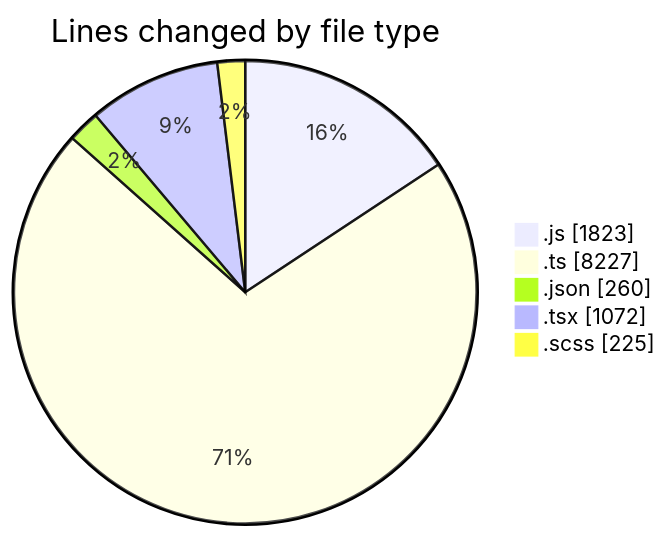
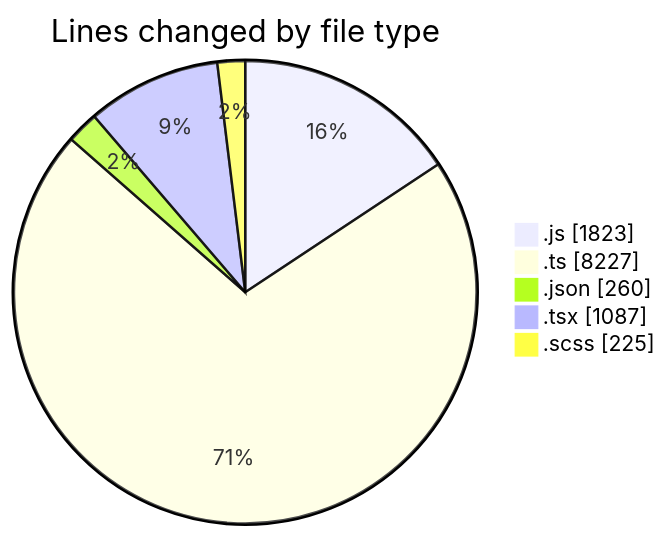
The first of 2 diagrams in 2026-04-08/cda/README.md (momahboobian/code-tracking), drawn with Mermaid before and after one commit. The commit also changed other lines of this file and 1 other file, not shown here.

````diff
--- a/2026-04-08/cda/README.md
+++ b/2026-04-08/cda/README.md
@@ -35,9 +35,9 @@
 ```mermaid
 pie showData
 title Lines changed by file type
 ".js" : 1823
 ".ts" : 8227
 ".json" : 260
-".tsx" : 1072
+".tsx" : 1087
 ".scss" : 225
 ```
````
